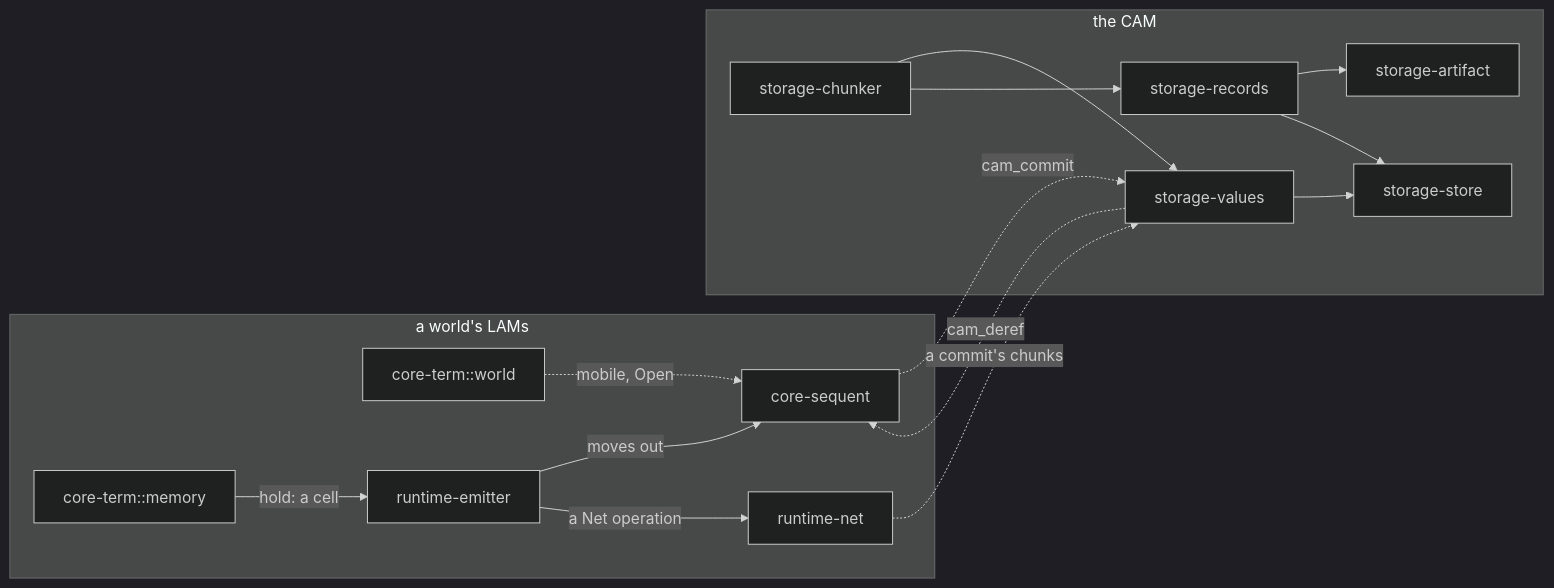
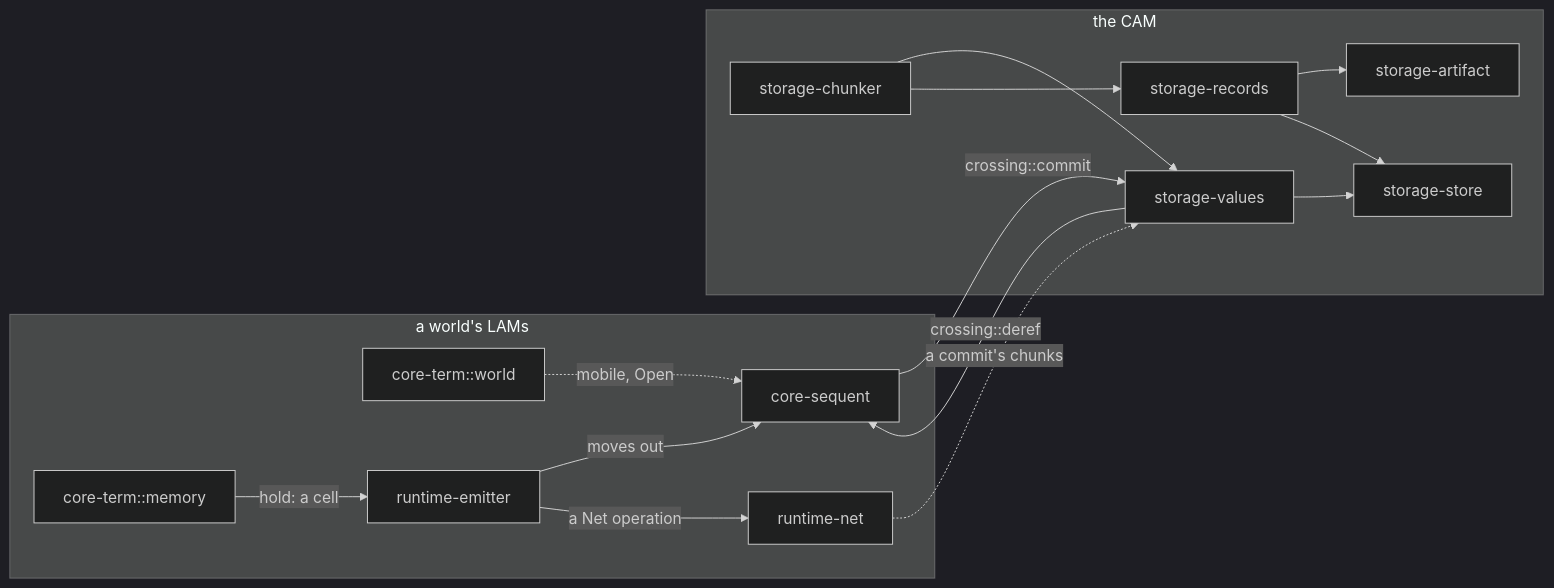
The second of 2 diagrams in crates/README.md (gandr-lang/gandr), drawn with Mermaid (dark theme) before and after one commit. The commit also changed other lines of this file and 14 other files, not shown here.

First line of the commit message:
feat(runtime): a run's values cross by commit and deref

````diff
--- a/crates/README.md
+++ b/crates/README.md
@@ -137,29 +138,29 @@
 ```mermaid
 flowchart LR
   subgraph LAMs["a world's LAMs"]
     world[core-term::world]
     memory[core-term::memory]
     emitter[runtime-emitter]
     sequent[core-sequent]
     net[runtime-net]
   end
   subgraph CAM["the CAM"]
     chunker[storage-chunker]
     values[storage-values]
     records[storage-records]
     artifact[storage-artifact]
     store[storage-store]
   end
   memory -->|hold: a cell| emitter
   emitter -->|moves out| sequent
   world -.->|mobile, Open| sequent
   emitter -->|a Net operation| net
   net -.->|a commit's chunks| values
-  sequent -.->|cam_commit| values
-  values -.->|cam_deref| sequent
+  sequent -->|crossing::commit| values
+  values -->|crossing::deref| sequent
   chunker --> values
   chunker --> records
   records --> artifact
   values --> store
   records --> store
 ```
````
